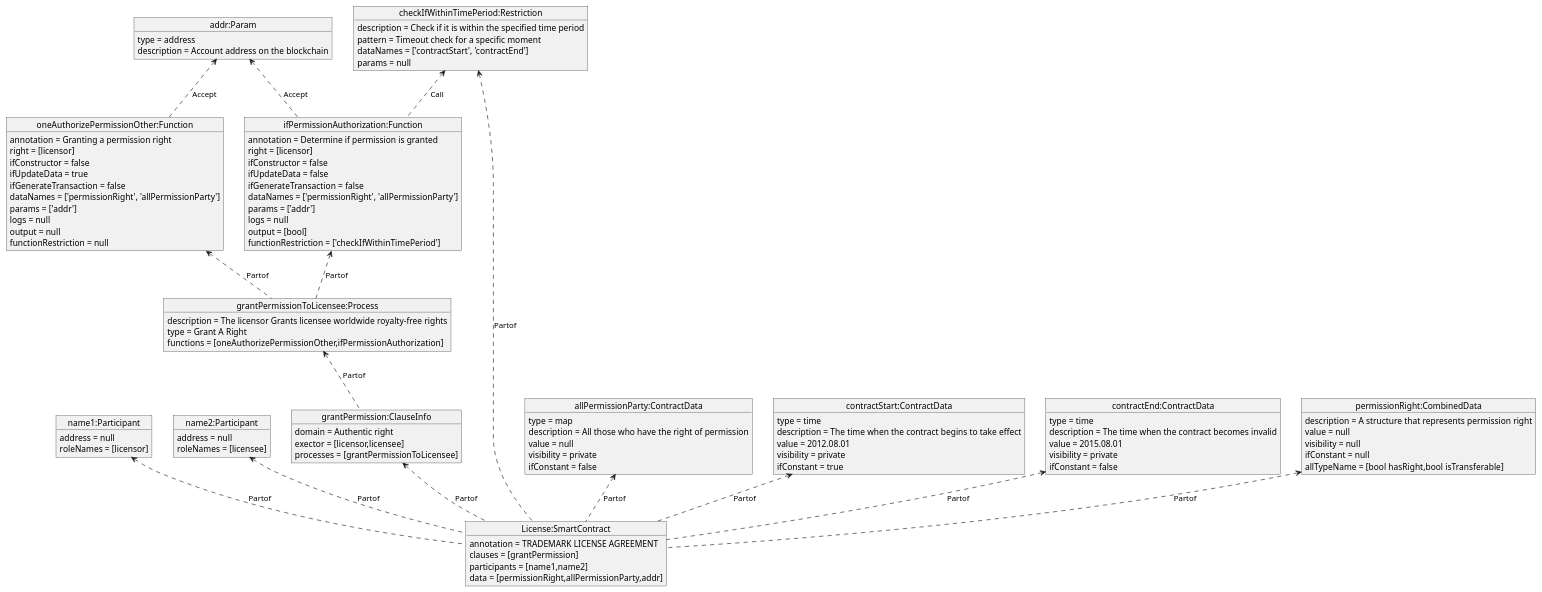
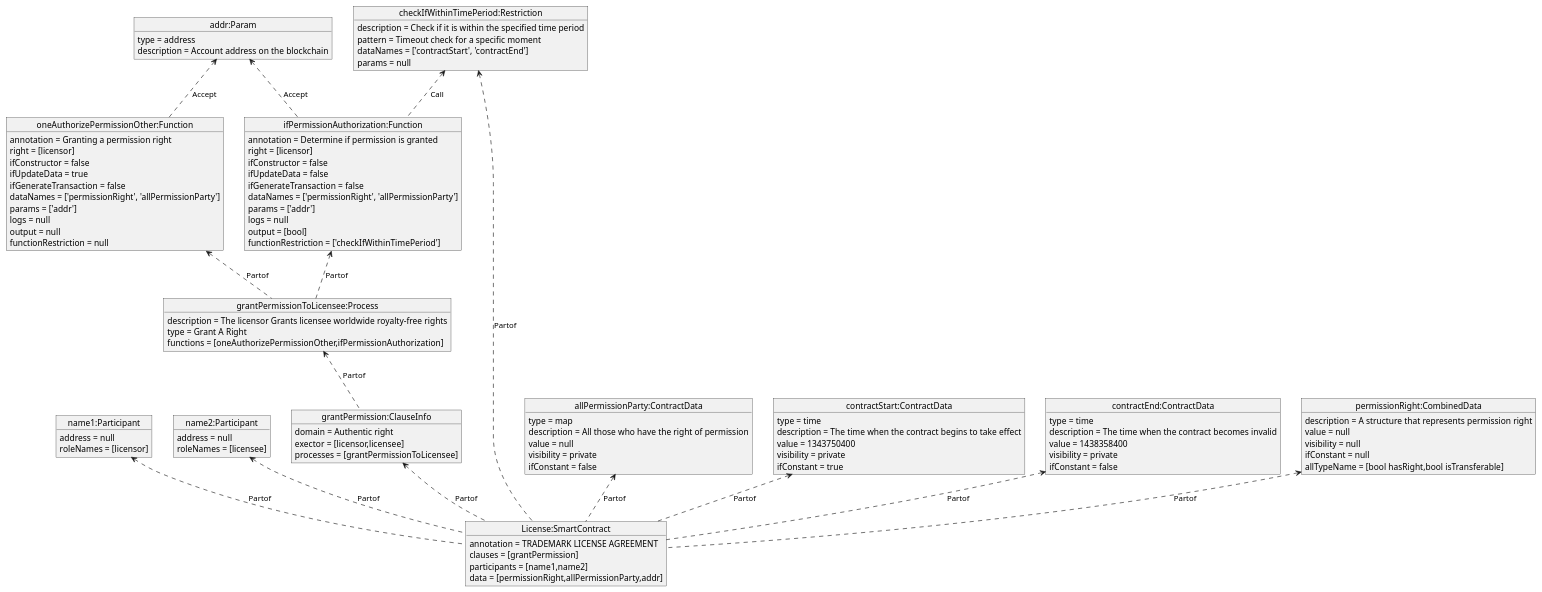
The diagram in plantUML_dia/a_result.puml (HIT-LWY/sc_MDA_code), drawn with PlantUML before and after one commit. The commit also changed 2 other files, not shown here.

```diff
--- a/plantUML_dia/a_result.puml
+++ b/plantUML_dia/a_result.puml
@@ -1,89 +1,89 @@
 @startuml
 object "License:SmartContract" as License
 License : annotation = TRADEMARK LICENSE AGREEMENT
 License : clauses = [grantPermission]
 License : participants = [name1,name2]
 License : data = [permissionRight,allPermissionParty,addr]
 object "name1:Participant" as name1
 name1 : address = null
 name1 : roleNames = [licensor]
 object "name2:Participant" as name2
 name2 : address = null
 name2 : roleNames = [licensee]
 object "grantPermission:ClauseInfo" as grantPermission
 grantPermission : domain = Authentic right
 grantPermission : exector = [licensor,licensee]
 grantPermission : processes = [grantPermissionToLicensee]
 object "grantPermissionToLicensee:Process" as grantPermissionToLicensee
 grantPermissionToLicensee : description = The licensor Grants licensee worldwide royalty-free rights
 grantPermissionToLicensee : type = Grant A Right
 grantPermissionToLicensee : functions = [oneAuthorizePermissionOther,ifPermissionAuthorization]
 object "oneAuthorizePermissionOther:Function" as oneAuthorizePermissionOther
 oneAuthorizePermissionOther : annotation = Granting a permission right
 oneAuthorizePermissionOther : right = [licensor]
 oneAuthorizePermissionOther : ifConstructor = false
 oneAuthorizePermissionOther : ifUpdateData = true
 oneAuthorizePermissionOther : ifGenerateTransaction = false
 oneAuthorizePermissionOther : dataNames = ['permissionRight', 'allPermissionParty']
 oneAuthorizePermissionOther : params = ['addr']
 oneAuthorizePermissionOther : logs = null
 oneAuthorizePermissionOther : output = null
 oneAuthorizePermissionOther : functionRestriction = null
 object "ifPermissionAuthorization:Function" as ifPermissionAuthorization
 ifPermissionAuthorization : annotation = Determine if permission is granted
 ifPermissionAuthorization : right = [licensor]
 ifPermissionAuthorization : ifConstructor = false
 ifPermissionAuthorization : ifUpdateData = false
 ifPermissionAuthorization : ifGenerateTransaction = false
 ifPermissionAuthorization : dataNames = ['permissionRight', 'allPermissionParty']
 ifPermissionAuthorization : params = ['addr']
 ifPermissionAuthorization : logs = null
 ifPermissionAuthorization : output = [bool]
 ifPermissionAuthorization : functionRestriction = ['checkIfWithinTimePeriod']
 object "checkIfWithinTimePeriod:Restriction" as checkIfWithinTimePeriod
 checkIfWithinTimePeriod : description = Check if it is within the specified time period
 checkIfWithinTimePeriod : pattern = Timeout check for a specific moment
 checkIfWithinTimePeriod : dataNames = ['contractStart', 'contractEnd']
 checkIfWithinTimePeriod : params = null
 object "allPermissionParty:ContractData" as allPermissionParty
 allPermissionParty : type = map
 allPermissionParty : description = All those who have the right of permission
 allPermissionParty : value = null
 allPermissionParty : visibility = private
 allPermissionParty : ifConstant = false
 object "contractStart:ContractData" as contractStart
 contractStart : type = time
 contractStart : description = The time when the contract begins to take effect
-contractStart : value = 2012.08.01
+contractStart : value = 1343750400
 contractStart : visibility = private
 contractStart : ifConstant = true
 object "contractEnd:ContractData" as contractEnd
 contractEnd : type = time
 contractEnd : description = The time when the contract becomes invalid
-contractEnd : value = 2015.08.01
+contractEnd : value = 1438358400
 contractEnd : visibility = private
 contractEnd : ifConstant = false
 object "permissionRight:CombinedData" as permissionRight
 permissionRight : description = A structure that represents permission right
 permissionRight : value = null
 permissionRight : visibility = null
 permissionRight : ifConstant = null
 permissionRight : allTypeName = [bool hasRight,bool isTransferable]
 object "addr:Param" as addr
 addr : type = address
 addr : description = Account address on the blockchain
 name1<.. License: Partof
 name2<.. License: Partof
 grantPermission<.. License: Partof
 grantPermissionToLicensee<.. grantPermission: Partof
 oneAuthorizePermissionOther<.. grantPermissionToLicensee: Partof
 ifPermissionAuthorization<.. grantPermissionToLicensee: Partof
 checkIfWithinTimePeriod<.. ifPermissionAuthorization: Call
 checkIfWithinTimePeriod<.. License: Partof
 permissionRight<.. License: Partof
 allPermissionParty<.. License: Partof
 contractStart<.. License: Partof
 contractEnd<.. License: Partof
 addr<..oneAuthorizePermissionOther: Accept
 addr<..ifPermissionAuthorization: Accept
 @enduml
```
